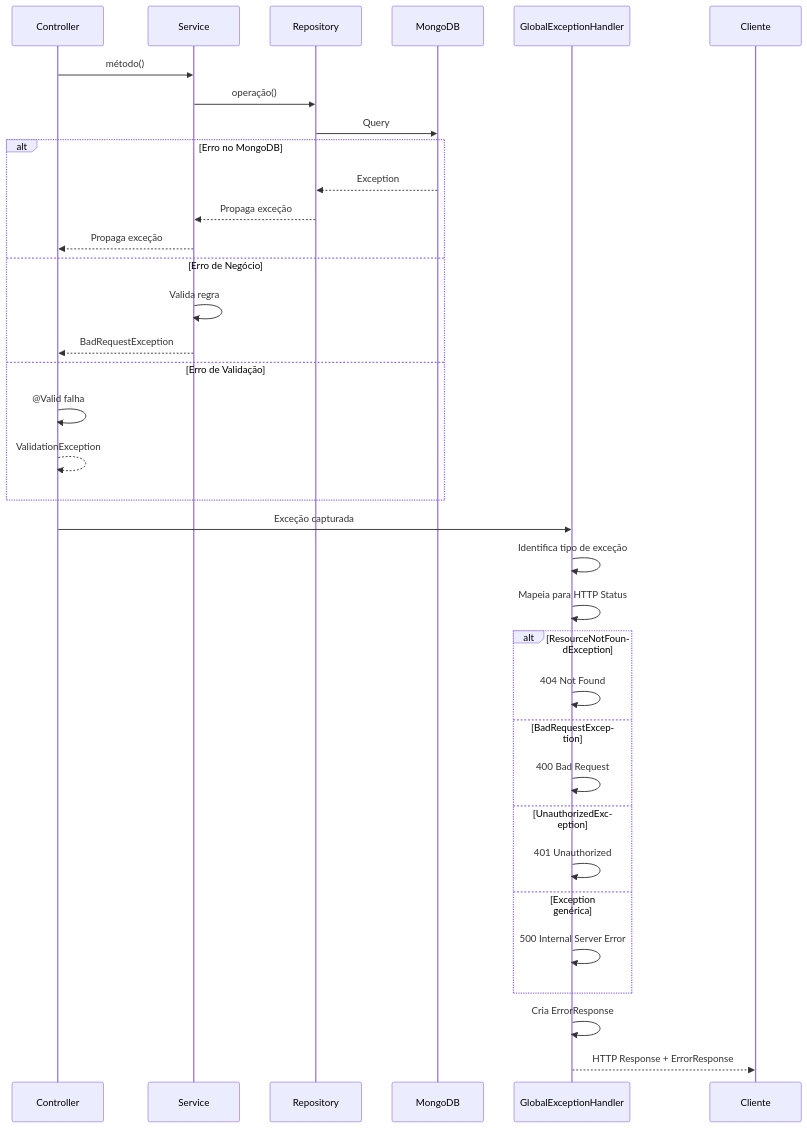
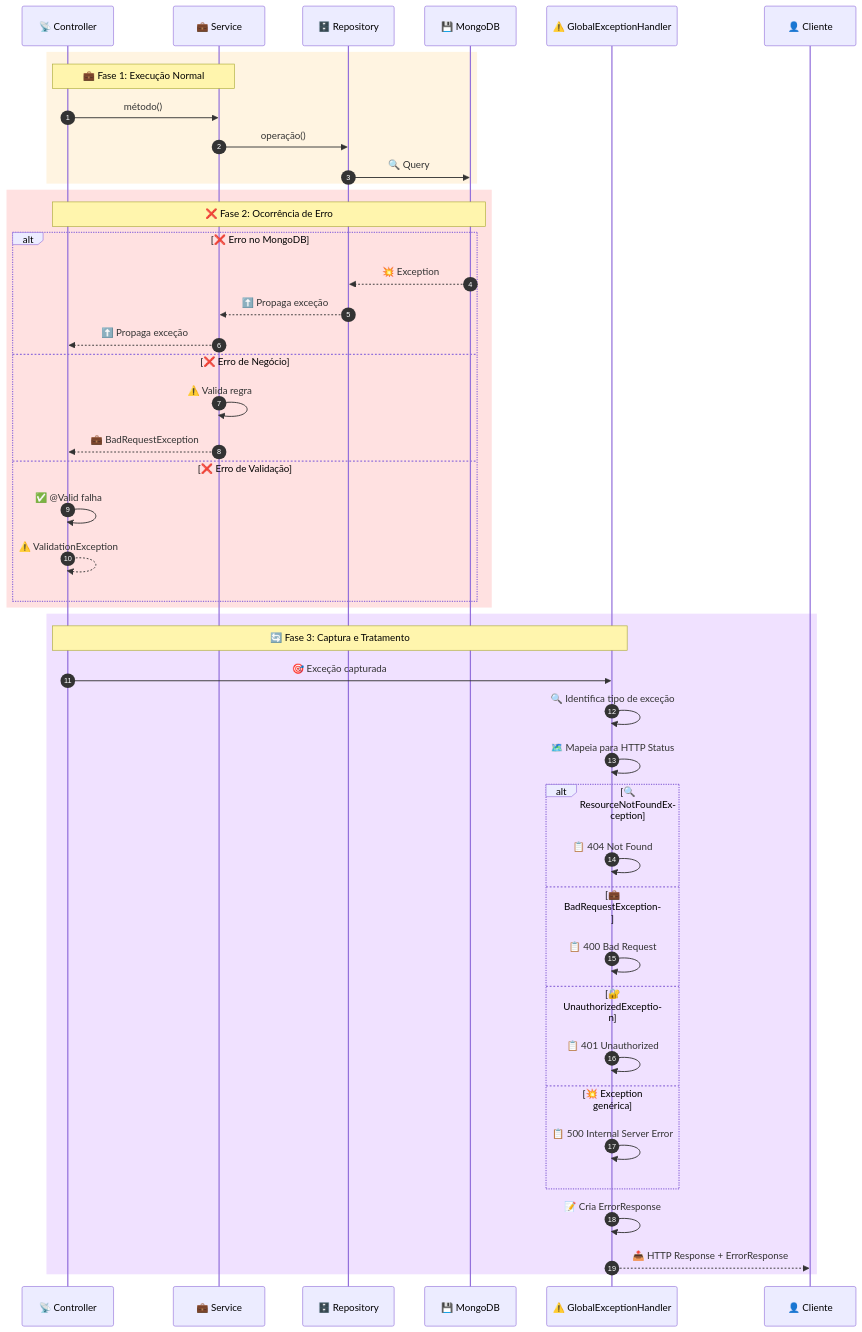
One commit to caiohrmm/TCC-BartoFinance changed the ninth of 20 diagrams in DOCUMENTACAO_ARQUITETURA_CAMADAS.md. Above: the diagram before and after it, drawn with Mermaid. The commit also changed other lines of this file, not shown here.

````diff
--- a/DOCUMENTACAO_ARQUITETURA_CAMADAS.md
+++ b/DOCUMENTACAO_ARQUITETURA_CAMADAS.md
@@ -380,42 +474,52 @@
 ```mermaid
 sequenceDiagram
-    participant Controller as Controller
-    participant Service as Service
-    participant Repository as Repository
-    participant MongoDB as MongoDB
-    participant ExceptionHandler as GlobalExceptionHandler
-    participant Client as Cliente
+    autonumber
+    participant Controller as 📡 Controller
+    participant Service as 💼 Service
+    participant Repository as 🗄️ Repository
+    participant MongoDB as 💾 MongoDB
+    participant ExceptionHandler as ⚠️ GlobalExceptionHandler
+    participant Client as 👤 Cliente
 
-    Controller->>Service: método()
-    Service->>Repository: operação()
-    Repository->>MongoDB: Query
-    
-    alt Erro no MongoDB
-        MongoDB-->>Repository: Exception
-        Repository-->>Service: Propaga exceção
-        Service-->>Controller: Propaga exceção
-    else Erro de Negócio
-        Service->>Service: Valida regra
-        Service-->>Controller: BadRequestException
-    else Erro de Validação
-        Controller->>Controller: @Valid falha
-        Controller-->>Controller: ValidationException
+    rect rgb(255, 244, 225)
+        Note over Controller,Service: 💼 Fase 1: Execução Normal
+        Controller->>Service: método()
+        Service->>Repository: operação()
+        Repository->>MongoDB: 🔍 Query
     end
     
-    Controller->>ExceptionHandler: Exceção capturada
-    ExceptionHandler->>ExceptionHandler: Identifica tipo de exceção
-    ExceptionHandler->>ExceptionHandler: Mapeia para HTTP Status
-    
-    alt ResourceNotFoundException
-        ExceptionHandler->>ExceptionHandler: 404 Not Found
-    else BadRequestException
-        ExceptionHandler->>ExceptionHandler: 400 Bad Request
-    else UnauthorizedException
-        ExceptionHandler->>ExceptionHandler: 401 Unauthorized
-    else Exception genérica
-        ExceptionHandler->>ExceptionHandler: 500 Internal Server Error
+    rect rgb(255, 225, 225)
+        Note over MongoDB,Controller: ❌ Fase 2: Ocorrência de Erro
+        alt ❌ Erro no MongoDB
+            MongoDB-->>Repository: 💥 Exception
+            Repository-->>Service: ⬆️ Propaga exceção
+            Service-->>Controller: ⬆️ Propaga exceção
+        else ❌ Erro de Negócio
+            Service->>Service: ⚠️ Valida regra
+            Service-->>Controller: 💼 BadRequestException
+        else ❌ Erro de Validação
+            Controller->>Controller: ✅ @Valid falha
+            Controller-->>Controller: ⚠️ ValidationException
+        end
     end
     
-    ExceptionHandler->>ExceptionHandler: Cria ErrorResponse
-    ExceptionHandler-->>Client: HTTP Response + ErrorResponse
+    rect rgb(240, 225, 255)
+        Note over Controller,ExceptionHandler: 🔄 Fase 3: Captura e Tratamento
+        Controller->>ExceptionHandler: 🎯 Exceção capturada
+        ExceptionHandler->>ExceptionHandler: 🔍 Identifica tipo de exceção
+        ExceptionHandler->>ExceptionHandler: 🗺️ Mapeia para HTTP Status
+        
+        alt 🔍 ResourceNotFoundException
+            ExceptionHandler->>ExceptionHandler: 📋 404 Not Found
+        else 💼 BadRequestException
+            ExceptionHandler->>ExceptionHandler: 📋 400 Bad Request
+        else 🔐 UnauthorizedException
+            ExceptionHandler->>ExceptionHandler: 📋 401 Unauthorized
+        else 💥 Exception genérica
+            ExceptionHandler->>ExceptionHandler: 📋 500 Internal Server Error
+        end
+        
+        ExceptionHandler->>ExceptionHandler: 📝 Cria ErrorResponse
+        ExceptionHandler-->>Client: 📤 HTTP Response + ErrorResponse
+    end
 ```
````
